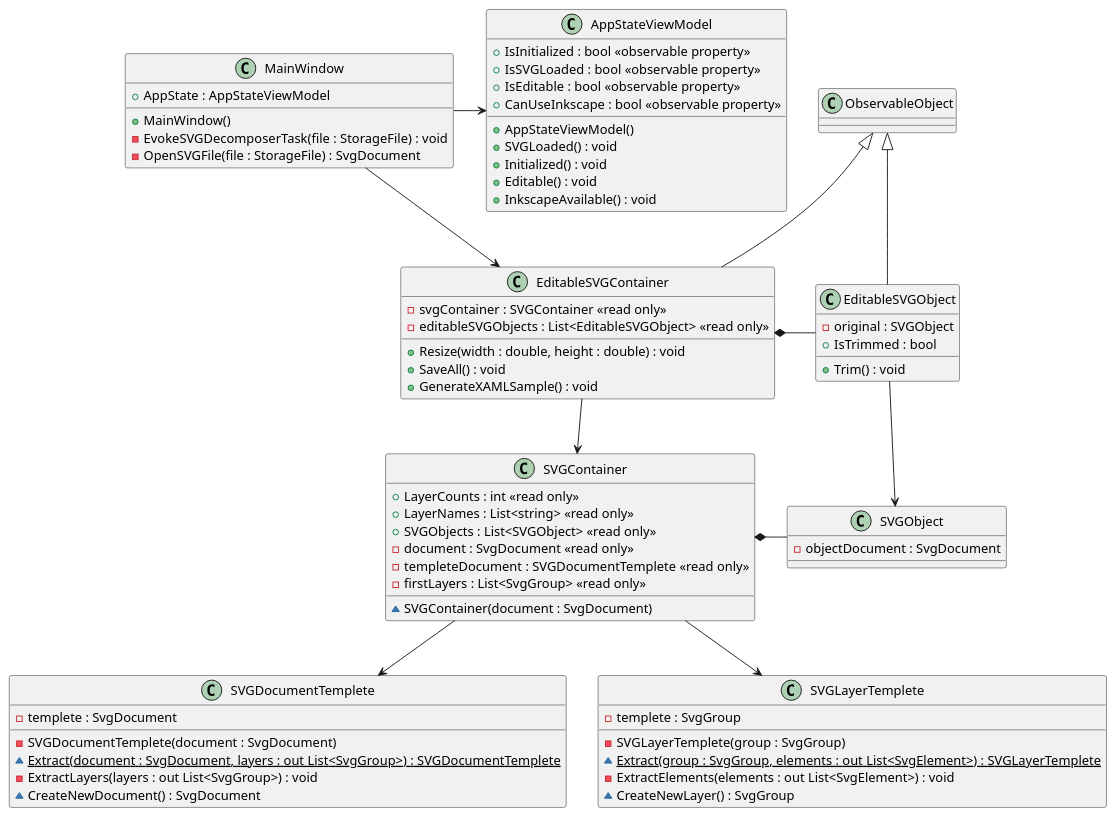
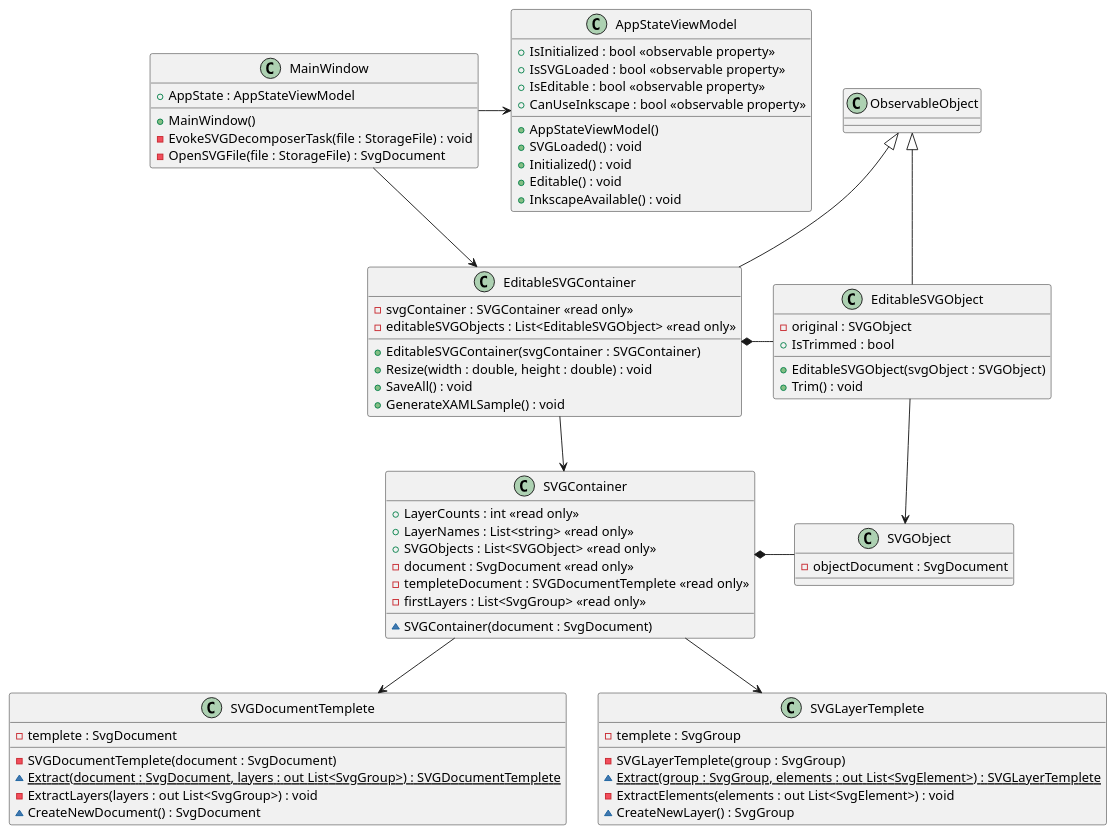
Before and after one commit to tatsuya19871219/SVGObjectsDecomposer: the diagram in uml/SVGObjectsDecomposer.puml, drawn with PlantUML. The commit also changed 3 other files, not shown here.

```diff
--- a/uml/SVGObjectsDecomposer.puml
+++ b/uml/SVGObjectsDecomposer.puml
@@ -1,97 +1,99 @@
 @startuml SVGObjectsDecomposer
 
 class MainWindow
 {
     + AppState : AppStateViewModel
     + MainWindow()
     - EvokeSVGDecomposerTask(file : StorageFile) : void
     - OpenSVGFile(file : StorageFile) : SvgDocument
 }
 
 class AppStateViewModel
 {
     + IsInitialized : bool <<observable property>>
     + IsSVGLoaded : bool <<observable property>>
     + IsEditable : bool <<observable property>>
     + CanUseInkscape : bool <<observable property>>
     + AppStateViewModel()
     + SVGLoaded() : void
     + Initialized() : void
     + Editable() : void
     + InkscapeAvailable() : void
 }
 
 class EditableSVGContainer
 {
     - svgContainer : SVGContainer <<read only>>
     - editableSVGObjects : List<EditableSVGObject> <<read only>>
+    + EditableSVGContainer(svgContainer : SVGContainer)
     + Resize(width : double, height : double) : void
     '+ TrimAll() : void
     + SaveAll() : void
     + GenerateXAMLSample() : void
 }
 
 class SVGContainer
 {
     + LayerCounts : int <<read only>>
     + LayerNames : List<string> <<read only>>
     + SVGObjects : List<SVGObject> <<read only>>
     - document : SvgDocument <<read only>>
     - templeteDocument : SVGDocumentTemplete <<read only>>
     - firstLayers : List<SvgGroup> <<read only>>
     ~ SVGContainer(document : SvgDocument)
 
 }
 
 class SVGDocumentTemplete
 {
     - templete : SvgDocument
     - SVGDocumentTemplete(document : SvgDocument)
     {static} ~ Extract(document : SvgDocument, layers : out List<SvgGroup>) : SVGDocumentTemplete
     - ExtractLayers(layers : out List<SvgGroup>) : void
     ~ CreateNewDocument() : SvgDocument
 }
 
 class SVGLayerTemplete
 {
     - templete : SvgGroup
     - SVGLayerTemplete(group : SvgGroup)
     {static} ~ Extract(group : SvgGroup, elements : out List<SvgElement>) : SVGLayerTemplete
     - ExtractElements(elements : out List<SvgElement>) : void
     ~ CreateNewLayer() : SvgGroup
 }
 
 class SVGObject
 {
     - objectDocument : SvgDocument
 }
 
 ' class TrimmedSVGObject
 ' {
 
 ' }
 
 class EditableSVGObject
 {
     - original : SVGObject
     '- trimmed : SVGObject
+    + EditableSVGObject(svgObject : SVGObject)
     + IsTrimmed : bool
     + Trim() : void
 }
 
 ' arrows
 MainWindow -left-> AppStateViewModel
 MainWindow --> EditableSVGContainer
 
 EditableSVGObject --> SVGObject
 EditableSVGContainer --> SVGContainer
 SVGContainer --> SVGDocumentTemplete
 SVGContainer --> SVGLayerTemplete
 
 SVGContainer *- SVGObject
 EditableSVGContainer *- EditableSVGObject
 
 EditableSVGContainer -up-|> ObservableObject
 EditableSVGObject -up-|> ObservableObject
 
 @enduml
```
